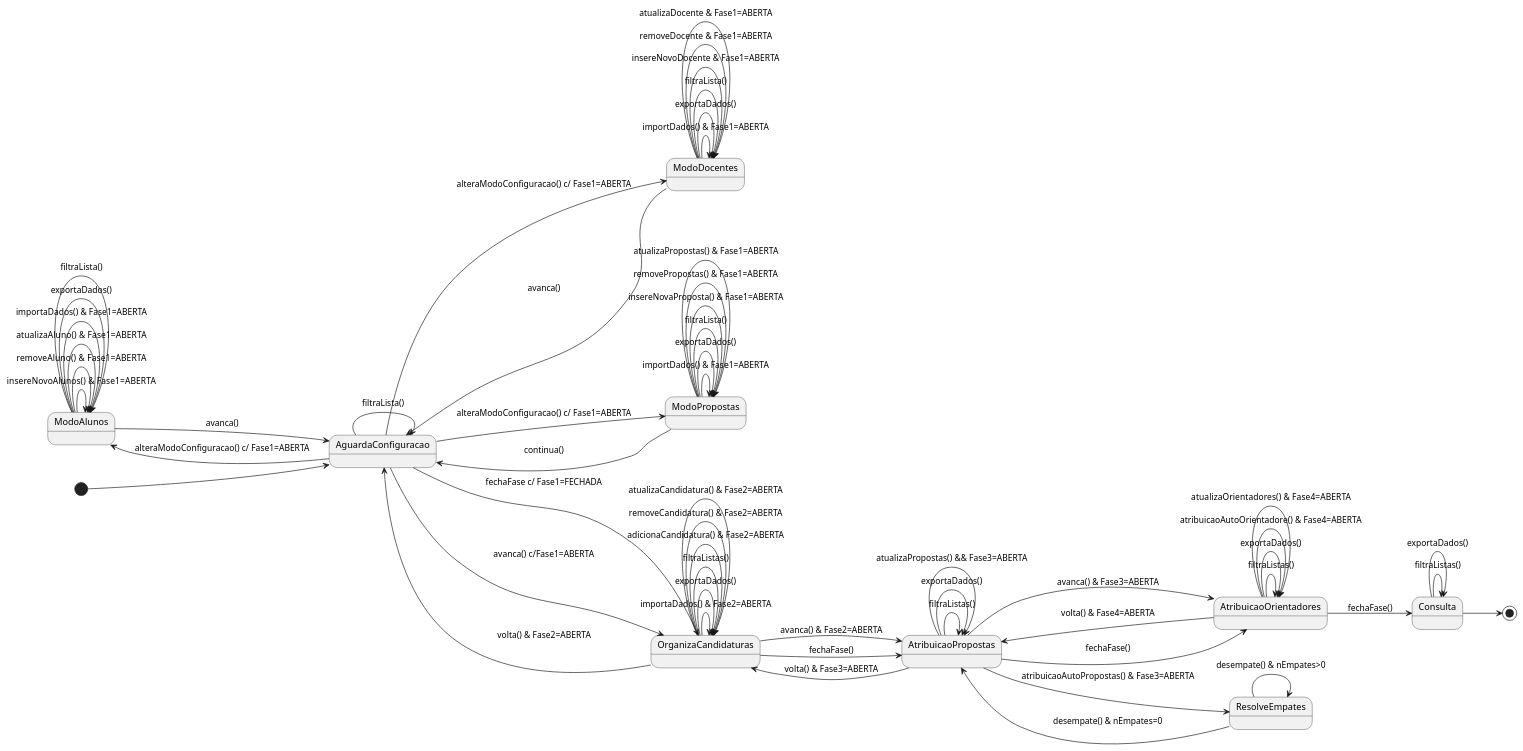
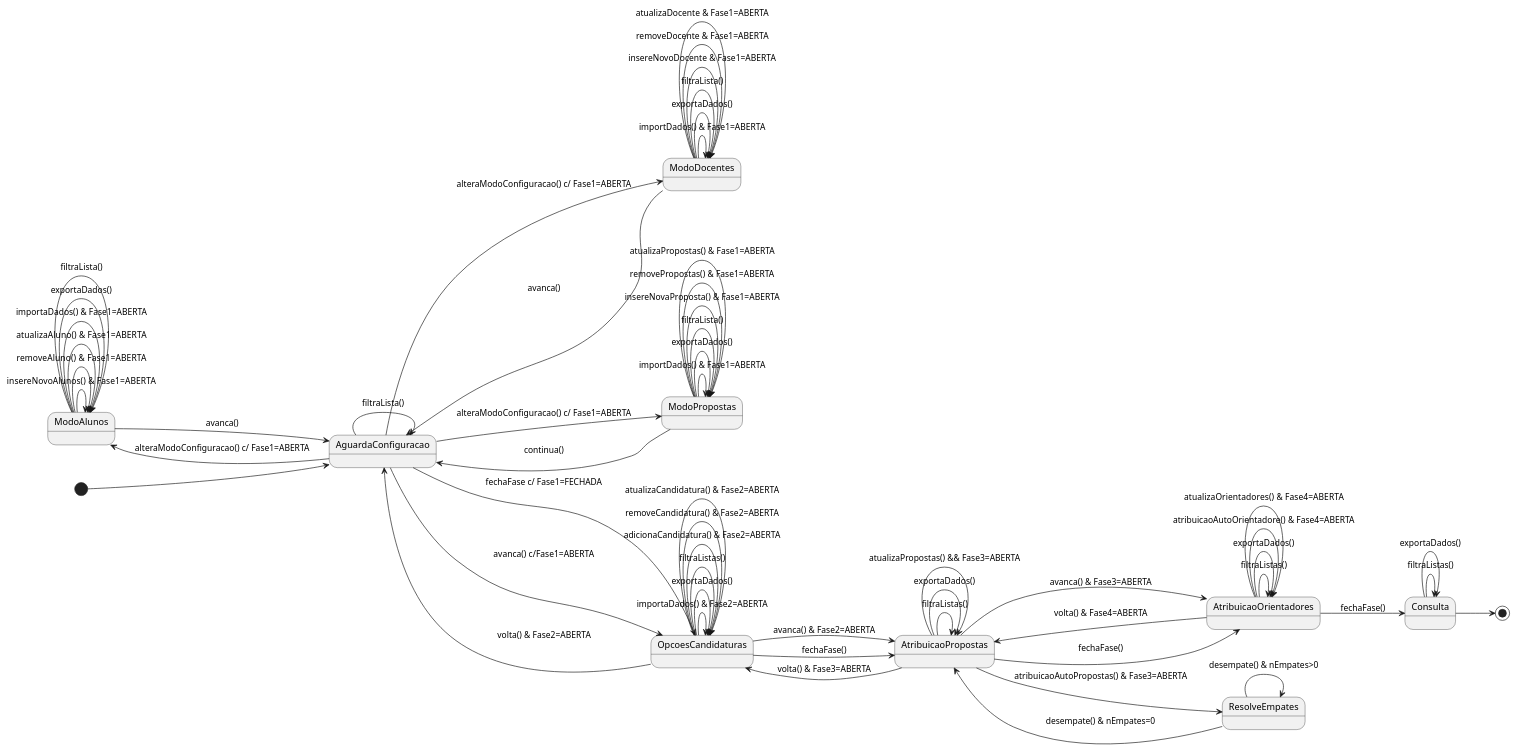
The diagram in DigramaDeEstados.PlantUML (ana-sv/Apoio_poe), drawn with PlantUML before and after one commit. The commit also changed 1 other file, not shown here.

```diff
--- a/DigramaDeEstados.PlantUML
+++ b/DigramaDeEstados.PlantUML
@@ -1,89 +1,89 @@
 @startuml
 left to right direction
 
 [*] --> AguardaConfiguracao 
 
 
 ' AguardaConfiguracao --> FASE1
 AguardaConfiguracao --> AguardaConfiguracao : filtraLista()
 AguardaConfiguracao --> ModoAlunos : alteraModoConfiguracao() c/ Fase1=ABERTA 
 ' Se a FASE1==FECHADA , já nao há acesso aos estados ModoAluno ModoDocente ModoPropostas que são os que permitem a edicao de informacoes 
 AguardaConfiguracao --> ModoDocentes : alteraModoConfiguracao() c/ Fase1=ABERTA 
 AguardaConfiguracao --> ModoPropostas : alteraModoConfiguracao() c/ Fase1=ABERTA 
-AguardaConfiguracao --> OrganizaCandidaturas : fechaFase c/ Fase1=FECHADA 
+AguardaConfiguracao --> OpcoesCandidaturas : fechaFase c/ Fase1=FECHADA 
 ' neste estado, o metod fechaFase: Fase1=FECHADA, classificacao dos alunos e avança para o proximo estado 
-AguardaConfiguracao --> OrganizaCandidaturas : avanca() c/Fase1=ABERTA 
+AguardaConfiguracao --> OpcoesCandidaturas : avanca() c/Fase1=ABERTA 
 ' avanca : classifica alunos e avanca
 
 
 ' ModoAlunos - FASE1 
 ModoAlunos --> ModoAlunos : importaDados() & Fase1=ABERTA
 ModoAlunos --> ModoAlunos : exportaDados()
 ModoAlunos --> ModoAlunos : filtraLista()
 ModoAlunos -> ModoAlunos : insereNovoAlunos()  & Fase1=ABERTA
 ModoAlunos -> ModoAlunos : removeAluno()  & Fase1=ABERTA
 ModoAlunos -> ModoAlunos : atualizaAluno()  & Fase1=ABERTA
 ModoAlunos --> AguardaConfiguracao : avanca()
 
 ' ModoDocentes - FASE1 
 ModoDocentes --> ModoDocentes : importDados() & Fase1=ABERTA
 ModoDocentes --> ModoDocentes : exportaDados() 
 ModoDocentes --> ModoDocentes : filtraLista() 
 ModoDocentes --> ModoDocentes : insereNovoDocente & Fase1=ABERTA
 ModoDocentes --> ModoDocentes : removeDocente & Fase1=ABERTA
 ModoDocentes --> ModoDocentes : atualizaDocente & Fase1=ABERTA
 ModoDocentes --> AguardaConfiguracao: avanca() 
 
 ' ModoPropostas - FASE1
 ModoPropostas --> ModoPropostas : importDados() & Fase1=ABERTA
 ModoPropostas --> ModoPropostas : exportaDados() 
 ModoPropostas --> ModoPropostas : filtraLista() 
 ModoPropostas --> ModoPropostas : insereNovaProposta() & Fase1=ABERTA
 ModoPropostas --> ModoPropostas : removePropostas() & Fase1=ABERTA
 ModoPropostas --> ModoPropostas : atualizaPropostas() & Fase1=ABERTA
 ModoPropostas --> AguardaConfiguracao: continua() 
 
 
 ' OrganizaCandidatura - FASE2
-OrganizaCandidaturas --> AguardaConfiguracao : volta() & Fase2=ABERTA
-OrganizaCandidaturas --> OrganizaCandidaturas : importaDados() & Fase2=ABERTA
-OrganizaCandidaturas --> OrganizaCandidaturas : exportaDados() 
-OrganizaCandidaturas --> OrganizaCandidaturas : filtraListas() 
-OrganizaCandidaturas --> OrganizaCandidaturas : adicionaCandidatura() & Fase2=ABERTA
-OrganizaCandidaturas --> OrganizaCandidaturas : removeCandidatura() & Fase2=ABERTA
-OrganizaCandidaturas --> OrganizaCandidaturas : atualizaCandidatura() & Fase2=ABERTA
-OrganizaCandidaturas --> AtribuicaoPropostas : avanca() & Fase2=ABERTA 
-OrganizaCandidaturas --> AtribuicaoPropostas : fechaFase() 
+OpcoesCandidaturas --> AguardaConfiguracao : volta() & Fase2=ABERTA
+OpcoesCandidaturas --> OpcoesCandidaturas : importaDados() & Fase2=ABERTA
+OpcoesCandidaturas --> OpcoesCandidaturas : exportaDados() 
+OpcoesCandidaturas --> OpcoesCandidaturas : filtraListas() 
+OpcoesCandidaturas --> OpcoesCandidaturas : adicionaCandidatura() & Fase2=ABERTA
+OpcoesCandidaturas --> OpcoesCandidaturas : removeCandidatura() & Fase2=ABERTA
+OpcoesCandidaturas --> OpcoesCandidaturas : atualizaCandidatura() & Fase2=ABERTA
+OpcoesCandidaturas --> AtribuicaoPropostas : avanca() & Fase2=ABERTA 
+OpcoesCandidaturas --> AtribuicaoPropostas : fechaFase() 
 
 ' AtribuicaoPropostas -FASE3
-AtribuicaoPropostas --> OrganizaCandidaturas : volta() & Fase3=ABERTA
+AtribuicaoPropostas --> OpcoesCandidaturas : volta() & Fase3=ABERTA
 AtribuicaoPropostas --> AtribuicaoPropostas : filtraListas() 
 AtribuicaoPropostas --> AtribuicaoPropostas : exportaDados() 
 AtribuicaoPropostas --> AtribuicaoPropostas : atualizaPropostas() && Fase3=ABERTA
 AtribuicaoPropostas --> ResolveEmpates : atribuicaoAutoPropostas() & Fase3=ABERTA
 AtribuicaoPropostas --> AtribuicaoOrientadores : avanca() & Fase3=ABERTA 
 AtribuicaoPropostas --> AtribuicaoOrientadores : fechaFase() 
 
 ' ConsultaEmpates - FASE4
 ResolveEmpates --> ResolveEmpates : desempate() & nEmpates>0
 ResolveEmpates --> AtribuicaoPropostas : desempate() & nEmpates=0
 
 ' AtribuicaoOrientadores - FASE4
 AtribuicaoOrientadores --> AtribuicaoPropostas : volta() & Fase4=ABERTA
 AtribuicaoOrientadores -> AtribuicaoOrientadores : filtraListas() 
 AtribuicaoOrientadores --> AtribuicaoOrientadores : exportaDados()
 AtribuicaoOrientadores --> AtribuicaoOrientadores : atribuicaoAutoOrientadore() & Fase4=ABERTA
 AtribuicaoOrientadores --> AtribuicaoOrientadores : atualizaOrientadores()  & Fase4=ABERTA
 AtribuicaoOrientadores --> Consulta : fechaFase()
 
 ' Consulta - FASE5
 Consulta --> Consulta : exportaDados() 
 Consulta -> Consulta : filtraListas() 
 Consulta --> [*]
 
 
 
 
 
 
 @enduml
```
